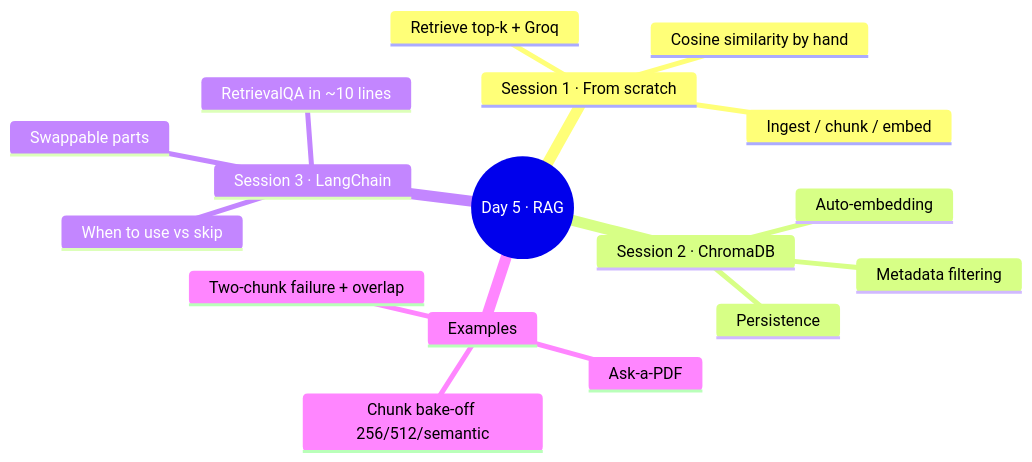
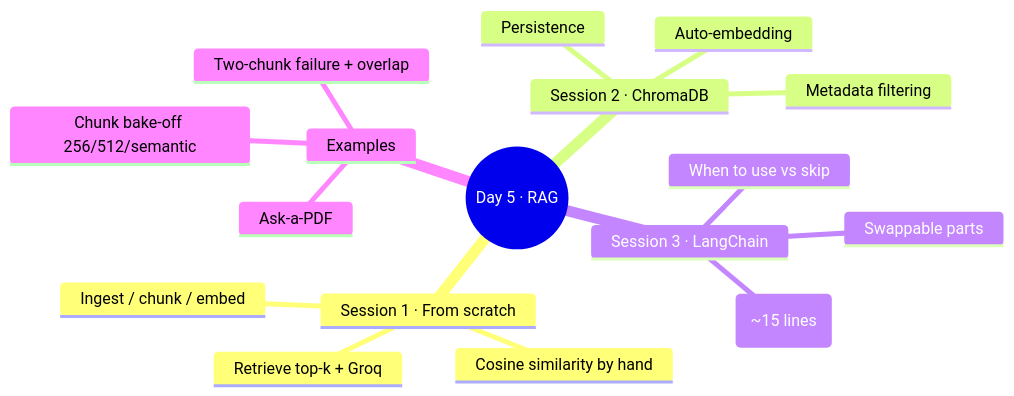
The fifth of 5 diagrams in Day_5_RAG_Topics.md (scifigurmeet/Modern_Agentic_AI), drawn with Mermaid before and after one commit. The commit also changed other lines of this file, not shown here.

````diff
--- a/Day_5_RAG_Topics.md
+++ b/Day_5_RAG_Topics.md
@@ -529,20 +582,20 @@
 ```mermaid
 mindmap
   root((Day 5 · RAG))
     Session 1 · From scratch
       Ingest / chunk / embed
       Cosine similarity by hand
       Retrieve top-k + Groq
     Session 2 · ChromaDB
       Auto-embedding
       Metadata filtering
       Persistence
     Session 3 · LangChain
-      RetrievalQA in ~10 lines
+      LCEL chain (~15 lines)
       Swappable parts
       When to use vs skip
     Examples
       Ask-a-PDF
       Chunk bake-off 256/512/semantic
       Two-chunk failure + overlap
 ```
````
